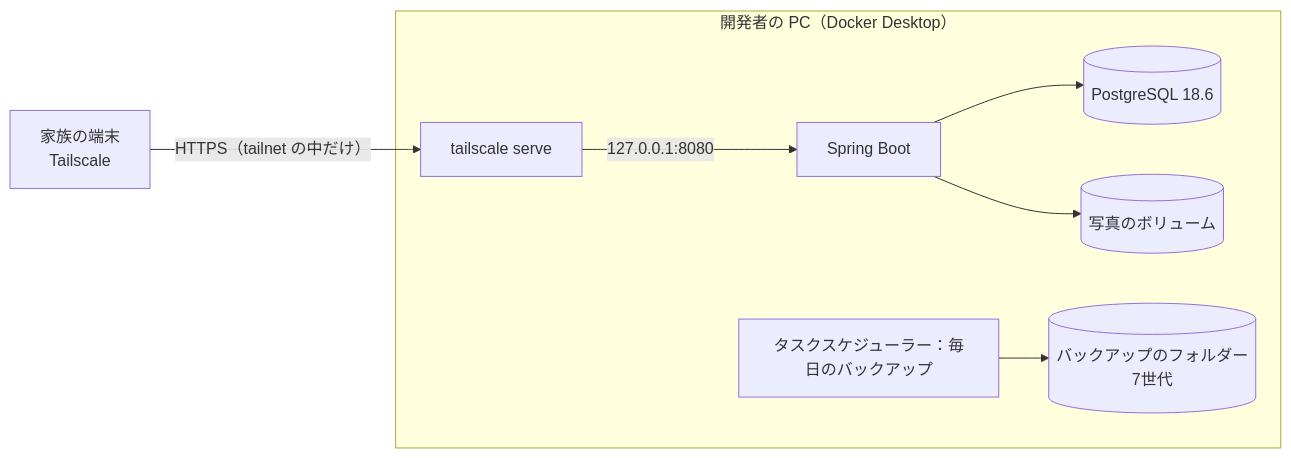
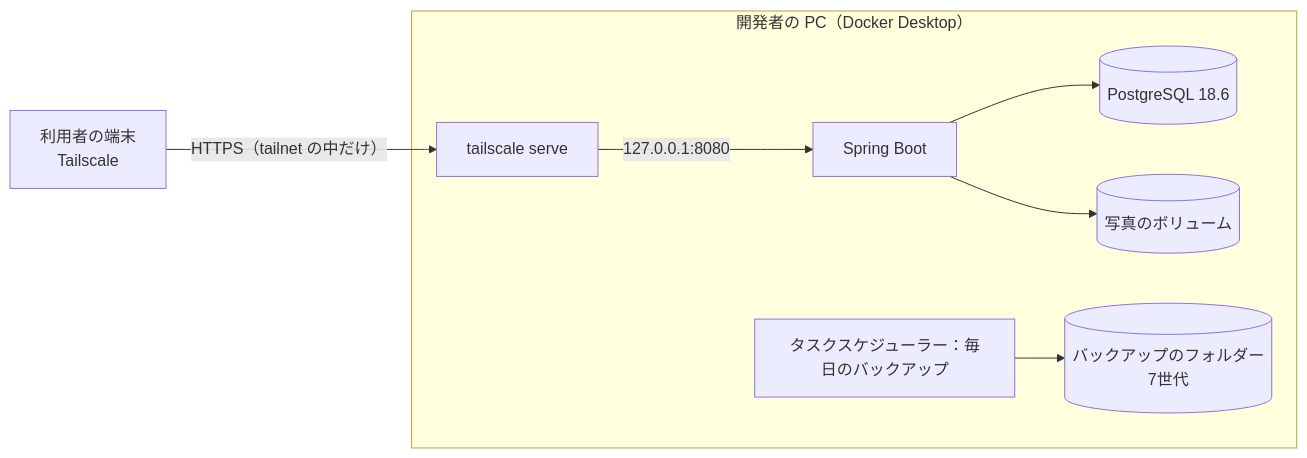
One commit to major182/MeowScope changed the second of 2 diagrams in docs/09_deployment.md. Above: the diagram before and after it, drawn with Mermaid. The commit also changed other lines of this file and 2 other files, not shown here.

````diff
--- a/docs/09_deployment.md
+++ b/docs/09_deployment.md
@@ -75,10 +75,10 @@
 ```mermaid
 flowchart LR
-  phone["家族の端末<br>Tailscale"] -- "HTTPS（tailnet の中だけ）" --> ts
+  phone["利用者の端末<br>Tailscale"] -- "HTTPS（tailnet の中だけ）" --> ts
   subgraph pc ["開発者の PC（Docker Desktop）"]
     ts["tailscale serve"] -- "127.0.0.1:8080" --> server["Spring Boot"]
     server --> db[("PostgreSQL 18.6")]
     server --> photos[("写真のボリューム")]
     task["タスクスケジューラー：毎日のバックアップ"] --> backup[("バックアップのフォルダー<br>7世代")]
   end
 ```
````
